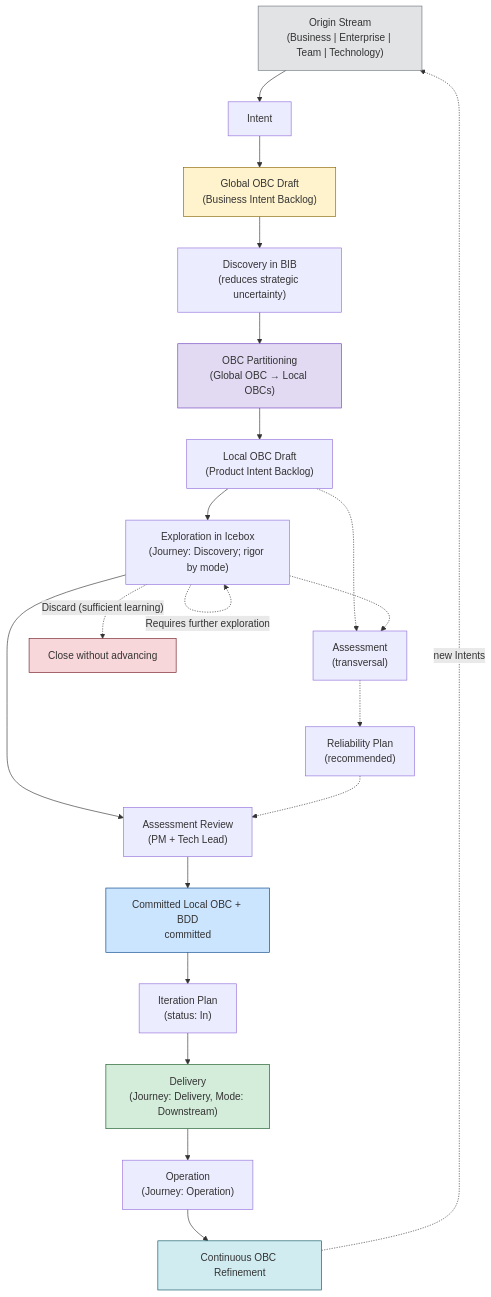
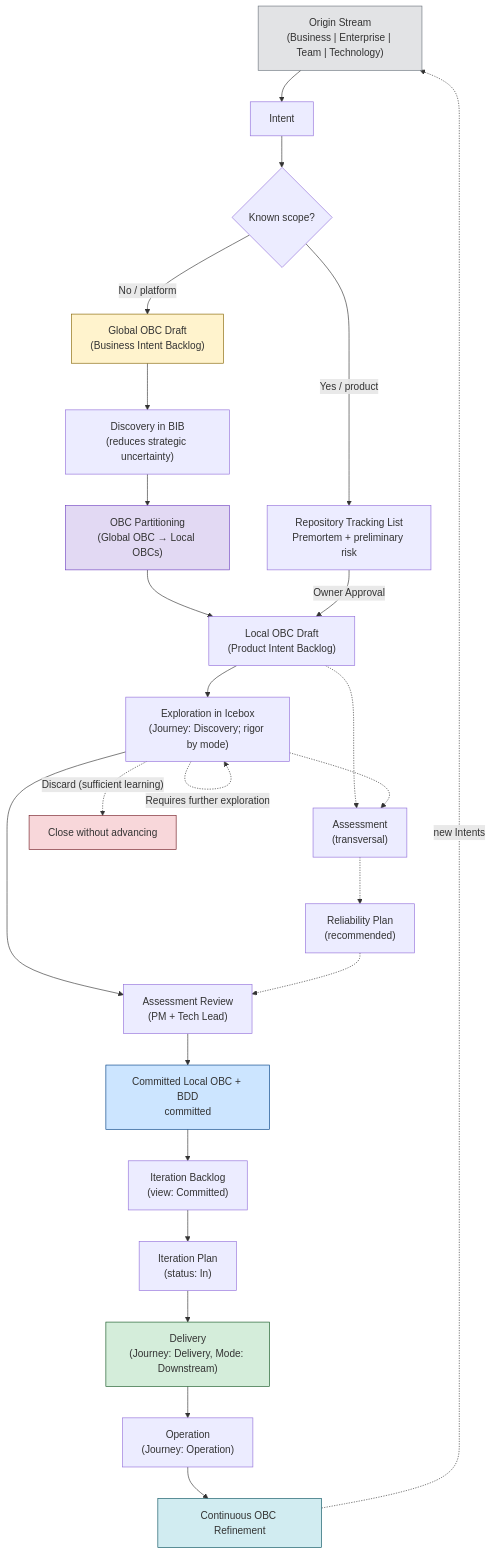
Before and after one commit to produtoreativo/payments-api: the diagram in prodops/framework/flow.en.md, drawn with Mermaid. The commit also changed other lines of this file and 9 other files, not shown here.

Commit message:
docs(prodops): unify global and local intent flows

````diff
--- a/prodops/framework/flow.en.md
+++ b/prodops/framework/flow.en.md
@@ -19,47 +19,53 @@
 ```mermaid
 flowchart TD
     OS["Origin Stream\n(Business | Enterprise | Team | Technology)"]
     I["Intent"]
+    CHOICE{"Known scope?"}
+    RTL["Repository Tracking List\nPremortem + preliminary risk"]
     GBIB["Global OBC Draft\n(Business Intent Backlog)"]
     EX1["Discovery in BIB\n(reduces strategic uncertainty)"]
     PART["OBC Partitioning\n(Global OBC → Local OBCs)"]
     LPIB["Local OBC Draft\n(Product Intent Backlog)"]
     EX2["Exploration in Icebox\n(Journey: Discovery; rigor by mode)"]
     AS["Assessment\n(transversal)"]
     RP["Reliability Plan\n(recommended)"]
     REV["Assessment Review\n(PM + Tech Lead)"]
     OBC["Committed Local OBC + BDD\ncommitted"]
     IP["Iteration Plan\n(status: In)"]
     D["Delivery\n(Journey: Delivery, Mode: Downstream)"]
     OP["Operation\n(Journey: Operation)"]
     REF["Continuous OBC Refinement"]
 
     OS --> I
-    I --> GBIB
+    I --> CHOICE
+    CHOICE -->|"No / platform"| GBIB
+    CHOICE -->|"Yes / product"| RTL
     GBIB --> EX1
     EX1 --> PART
     PART --> LPIB
+    RTL -->|"Owner Approval"| LPIB
     LPIB --> EX2
     EX2 --> REV
     LPIB -.-> AS
     EX2 -.-> AS
     AS -.-> RP
     RP -.-> REV
     REV --> OBC
-    OBC --> IP
+    OBC --> IB["Iteration Backlog\n(view: Committed)"]
+    IB --> IP
     IP --> D
     D --> OP
     OP --> REF
     REF -.->|"new Intents"| OS
 
     EX2 -.->|"Discard (sufficient learning)"| X[Close without advancing]
     EX2 -.->|"Requires further exploration"| EX2
 
     style OS fill:#e2e3e5,stroke:#6c757d
     style GBIB fill:#fff3cd,stroke:#856404
     style PART fill:#e2d9f3,stroke:#6f42c1
     style OBC fill:#cce5ff,stroke:#004085
     style D fill:#d4edda,stroke:#155724
     style X fill:#f8d7da,stroke:#721c24
     style REF fill:#d1ecf1,stroke:#0c5460
 ```
````
